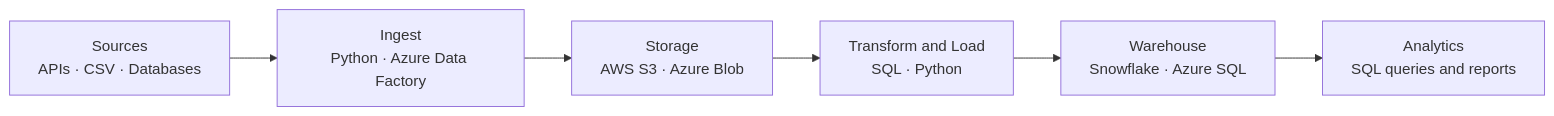
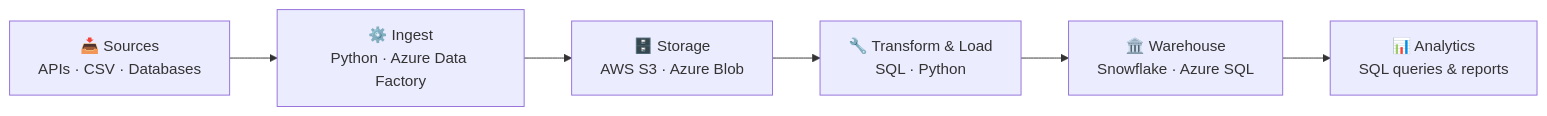
Before and after one commit to Abdullah2139/Abdullah2139: the diagram in README.md, drawn with Mermaid. The commit also changed other lines of this file, not shown here.

````diff
--- a/README.md
+++ b/README.md
@@ -59,8 +76,8 @@
 ```mermaid
 flowchart LR
-    A["Sources<br/>APIs · CSV · Databases"] --> B["Ingest<br/>Python · Azure Data Factory"]
-    B --> C["Storage<br/>AWS S3 · Azure Blob"]
-    C --> D["Transform and Load<br/>SQL · Python"]
-    D --> E["Warehouse<br/>Snowflake · Azure SQL"]
-    E --> F["Analytics<br/>SQL queries and reports"]
+    A["📥 Sources<br/>APIs · CSV · Databases"] --> B["⚙️ Ingest<br/>Python · Azure Data Factory"]
+    B --> C["🗄️ Storage<br/>AWS S3 · Azure Blob"]
+    C --> D["🔧 Transform & Load<br/>SQL · Python"]
+    D --> E["🏛️ Warehouse<br/>Snowflake · Azure SQL"]
+    E --> F["📊 Analytics<br/>SQL queries & reports"]
 ```
````
